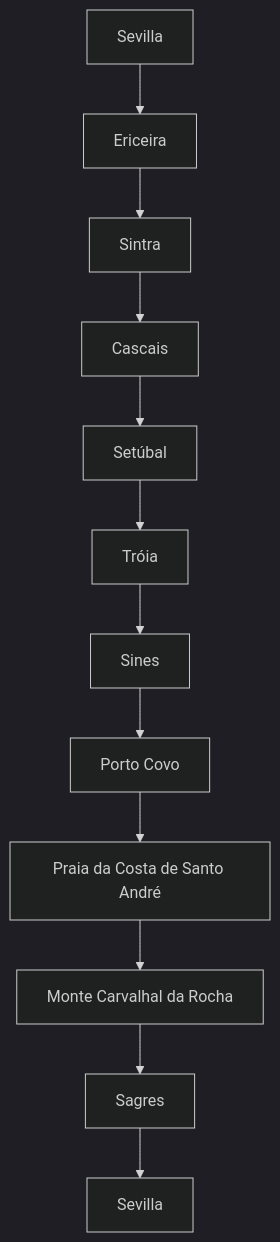
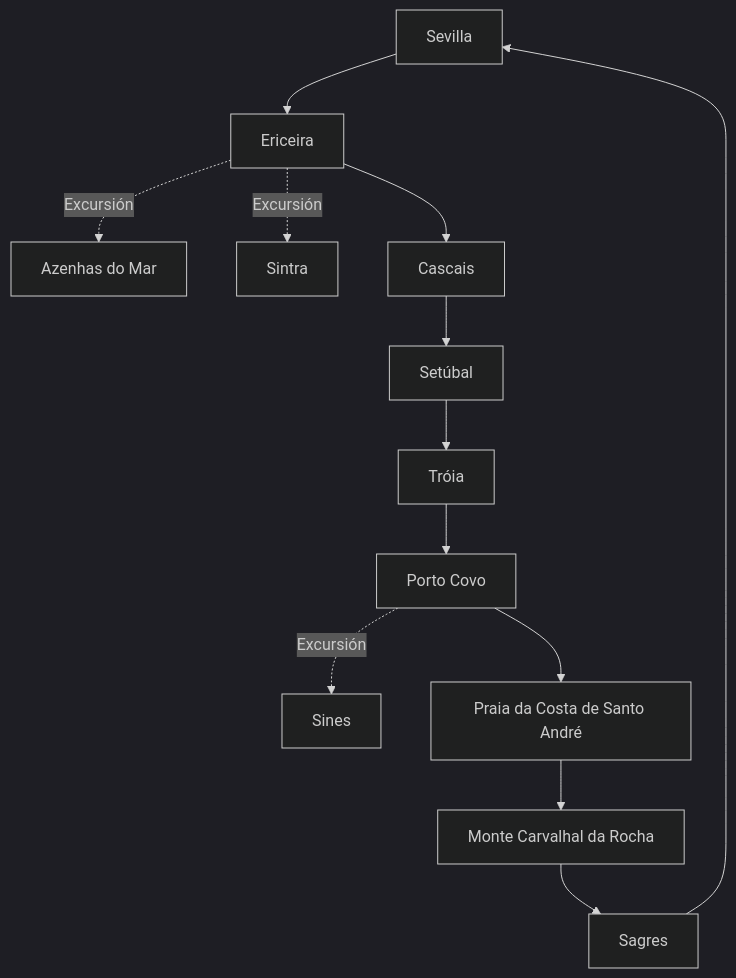
Before and after one commit to carlosrodlop/carlosrodlop-docs: the diagram in trips/Portugal_2025_v2.md, drawn with Mermaid (dark theme). The commit also changed other lines of this file, not shown here.

````diff
--- a/trips/Portugal_2025_v2.md
+++ b/trips/Portugal_2025_v2.md
@@ -77,14 +81,15 @@
 ```mermaid
-flowchart TD
+graph TD
     A[Sevilla] --> B[Ericeira]
-    B --> C[Sintra]
-    C --> D[Cascais]
-    D --> E[Setúbal]
-    E --> F[Tróia]
-    F --> G[Sines]
+    B -. Excursión .-> C[Azenhas do Mar]
+    B -. Excursión .-> D[Sintra]
+    B --> E[Cascais]
+    E --> F[Setúbal]
+    F --> G[Tróia]
     G --> H[Porto Covo]
-    H --> I[Praia da Costa de Santo André]
-    I --> J[Monte Carvalhal da Rocha]
-    J --> K[Sagres]
-    K --> L[Sevilla]
+    H -. Excursión .-> I[Sines]
+    H --> J[Praia da Costa de Santo André]
+    J --> K[Monte Carvalhal da Rocha]
+    K --> L[Sagres]
+    L --> A
 ```
````
